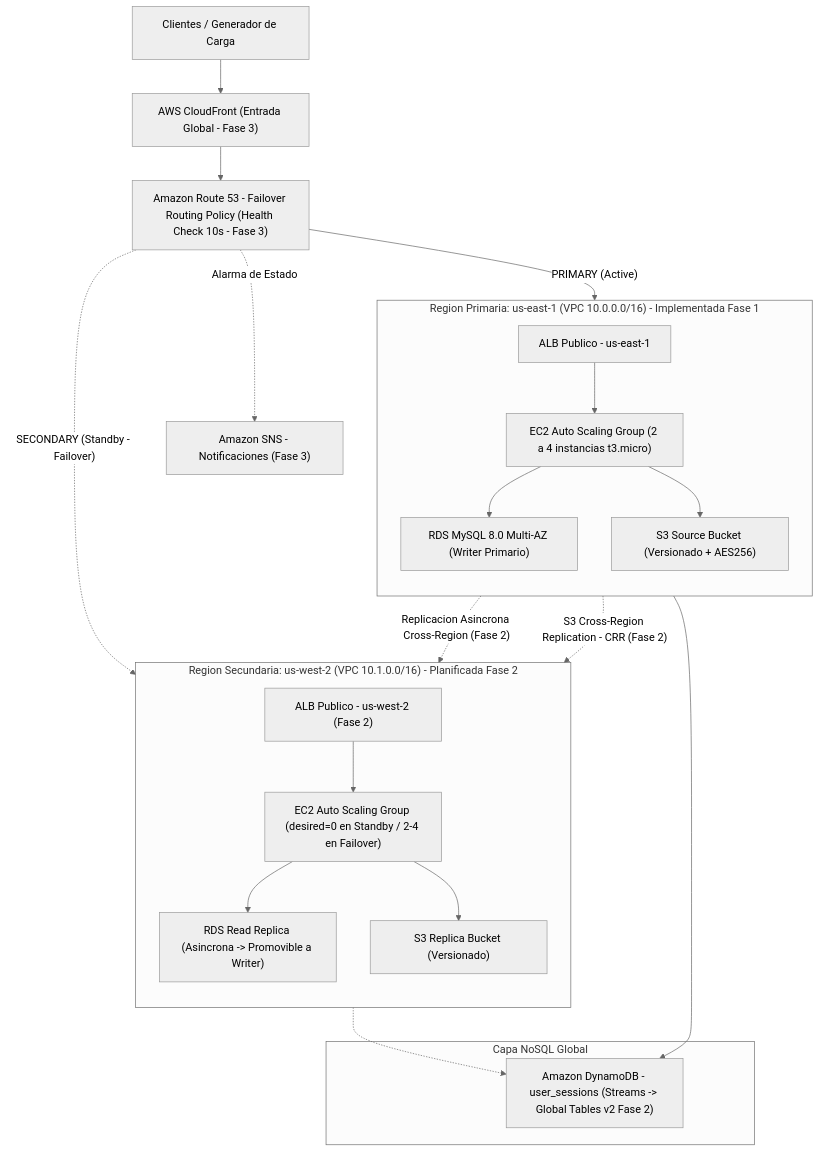
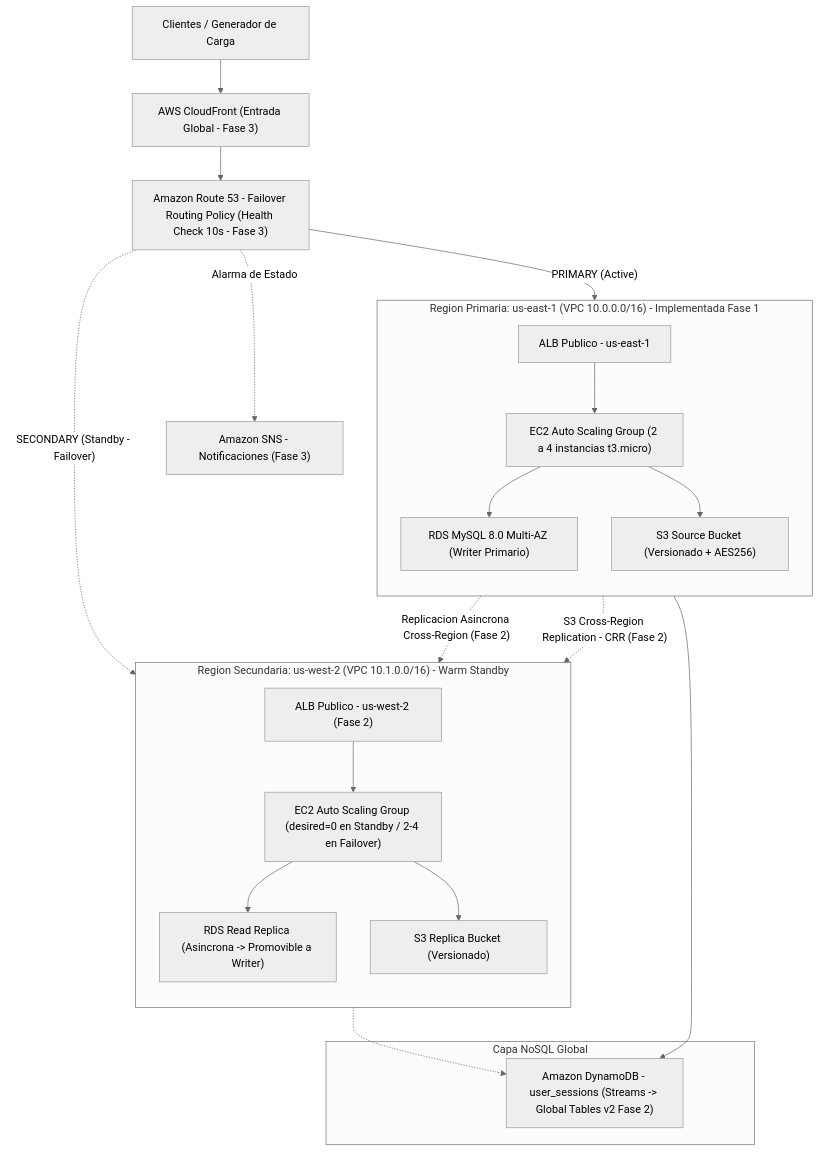
The first of 3 diagrams in docs/arquitectura.md (ALA458/DisasterRecovery-MultiRegion), drawn with Mermaid (neutral theme) before and after one commit. The commit also changed other lines of this file and 8 other files, not shown here.

````diff
--- a/docs/arquitectura.md
+++ b/docs/arquitectura.md
@@ -44,33 +44,33 @@
 ```mermaid
 flowchart TB
     Client["Clientes / Generador de Carga"] --> CF["AWS CloudFront (Entrada Global - Fase 3)"]
     CF --> R53["Amazon Route 53 - Failover Routing Policy (Health Check 10s - Fase 3)"]
 
     R53 -->|"PRIMARY (Active)"| ALB1["ALB Publico - us-east-1"]
     R53 -.->|"SECONDARY (Standby - Failover)"| ALB2["ALB Publico - us-west-2 (Fase 2)"]
     R53 -.->|"Alarma de Estado"| SNS["Amazon SNS - Notificaciones (Fase 3)"]
 
     subgraph R1 ["Region Primaria: us-east-1 (VPC 10.0.0.0/16) - Implementada Fase 1"]
         direction TB
         ALB1 --> ASG1["EC2 Auto Scaling Group (2 a 4 instancias t3.micro)"]
         ASG1 --> RDS1["RDS MySQL 8.0 Multi-AZ (Writer Primario)"]
         ASG1 --> S3_1["S3 Source Bucket (Versionado + AES256)"]
     end
 
-    subgraph R2 ["Region Secundaria: us-west-2 (VPC 10.1.0.0/16) - Planificada Fase 2"]
+    subgraph R2 ["Region Secundaria: us-west-2 (VPC 10.1.0.0/16) - Warm Standby"]
         direction TB
         ALB2 --> ASG2["EC2 Auto Scaling Group (desired=0 en Standby / 2-4 en Failover)"]
         ASG2 --> RDS2["RDS Read Replica (Asincrona -> Promovible a Writer)"]
         ASG2 --> S3_2["S3 Replica Bucket (Versionado)"]
     end
 
     RDS1 -.->|"Replicacion Asincrona Cross-Region (Fase 2)"| RDS2
     S3_1 -.->|"S3 Cross-Region Replication - CRR (Fase 2)"| S3_2
 
     subgraph GLOBAL ["Capa NoSQL Global"]
         DDB["Amazon DynamoDB - user_sessions (Streams -> Global Tables v2 Fase 2)"]
     end
 
     ASG1 --> DDB
     ASG2 -.-> DDB
 ```
````
